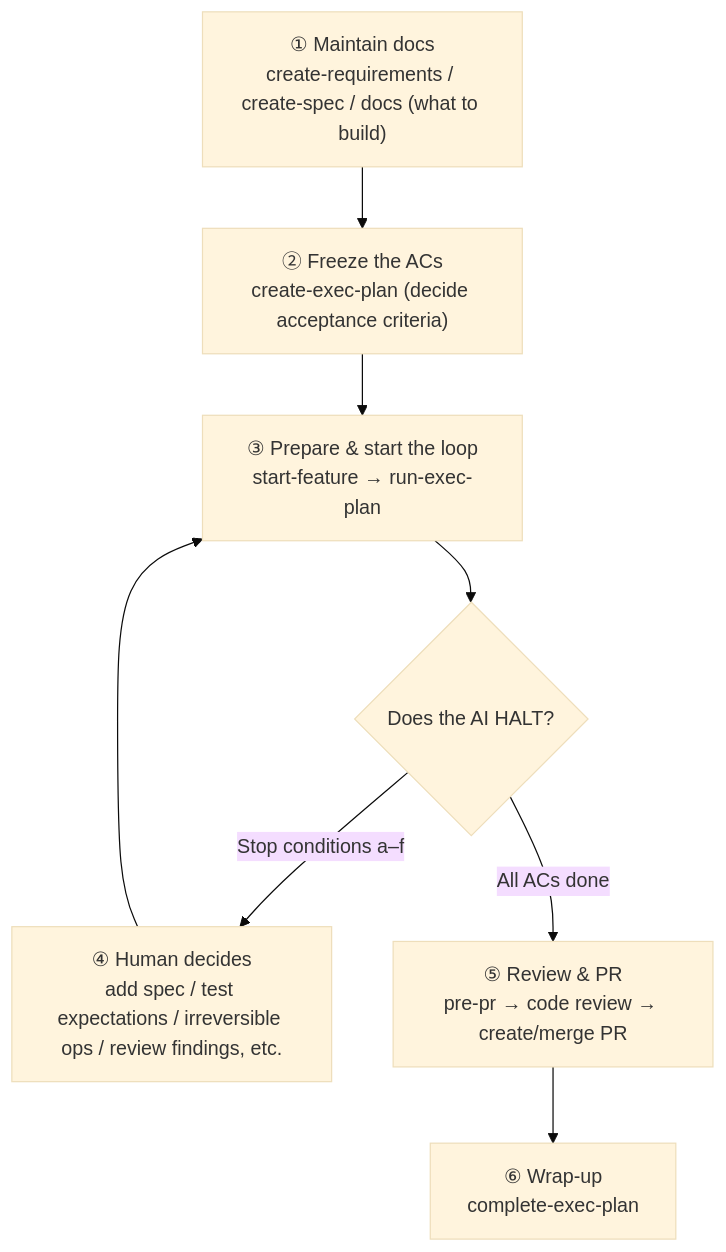
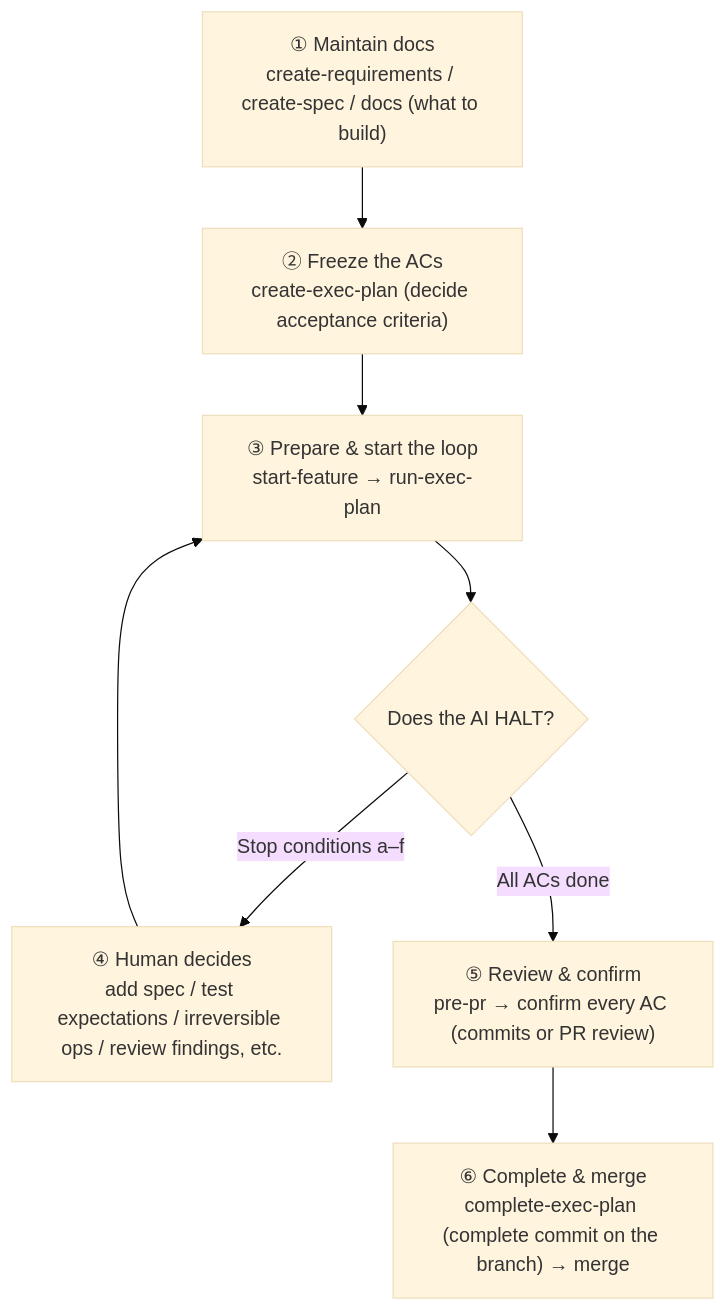
The diagram in ONBOARDING.md (aki-senri/DocDDTemplate), drawn with Mermaid (base theme) before and after one commit. The commit also changed other lines of this file and 19 other files, not shown here.

First line of the commit message:
feat: exec-plan の complete を人の確認の境界として実装ブランチに刻み、1 PR で完結させる（#43）

````diff
--- a/ONBOARDING.md
+++ b/ONBOARDING.md
@@ -333,11 +333,11 @@
 ```mermaid
 flowchart TD
     A["① Maintain docs<br/>create-requirements / create-spec / docs (what to build)"] --> B
     B["② Freeze the ACs<br/>create-exec-plan (decide acceptance criteria)"] --> C
     C["③ Prepare & start the loop<br/>start-feature → run-exec-plan"]
     C --> D{Does the AI HALT?}
     D -->|Stop conditions a–f| E["④ Human decides<br/>add spec / test expectations / irreversible ops / review findings, etc."]
     E --> C
-    D -->|All ACs done| F["⑤ Review & PR<br/>pre-pr → code review → create/merge PR"]
-    F --> G["⑥ Wrap-up<br/>complete-exec-plan"]
+    D -->|All ACs done| F["⑤ Review & confirm<br/>pre-pr → confirm every AC (commits or PR review)"]
+    F --> G["⑥ Complete & merge<br/>complete-exec-plan (complete commit on the branch) → merge"]
 ```
````
